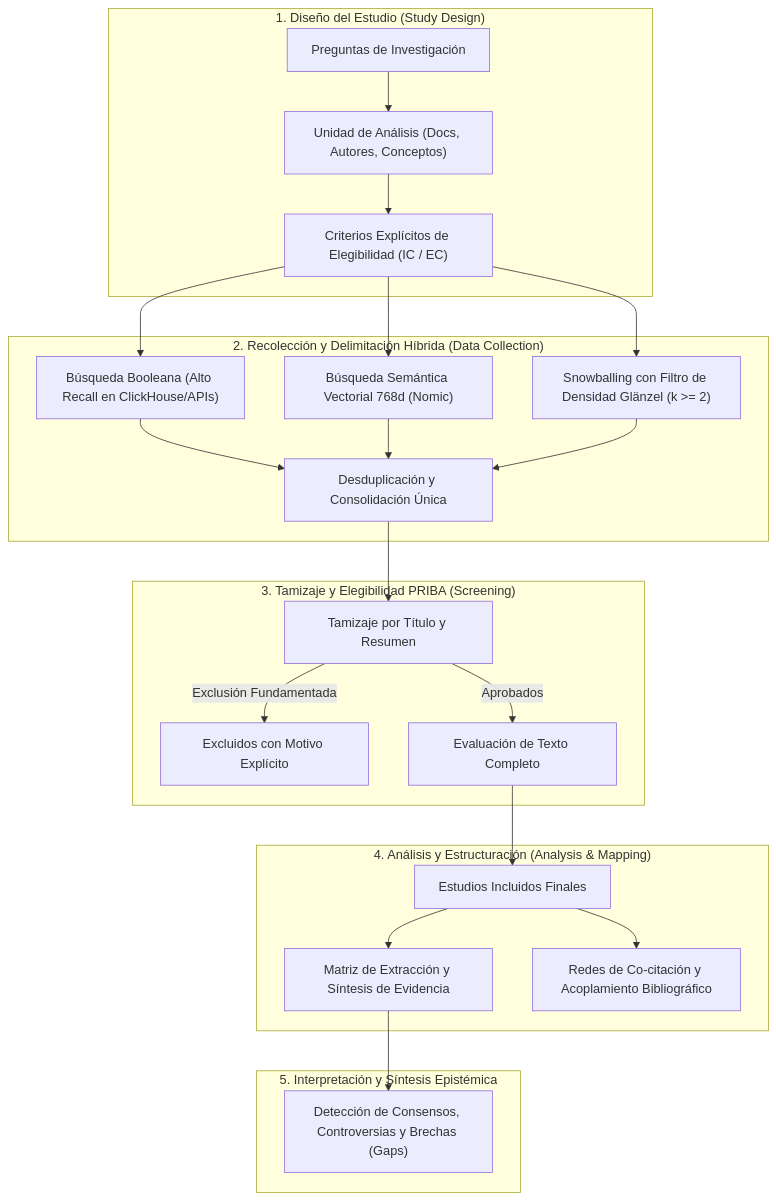
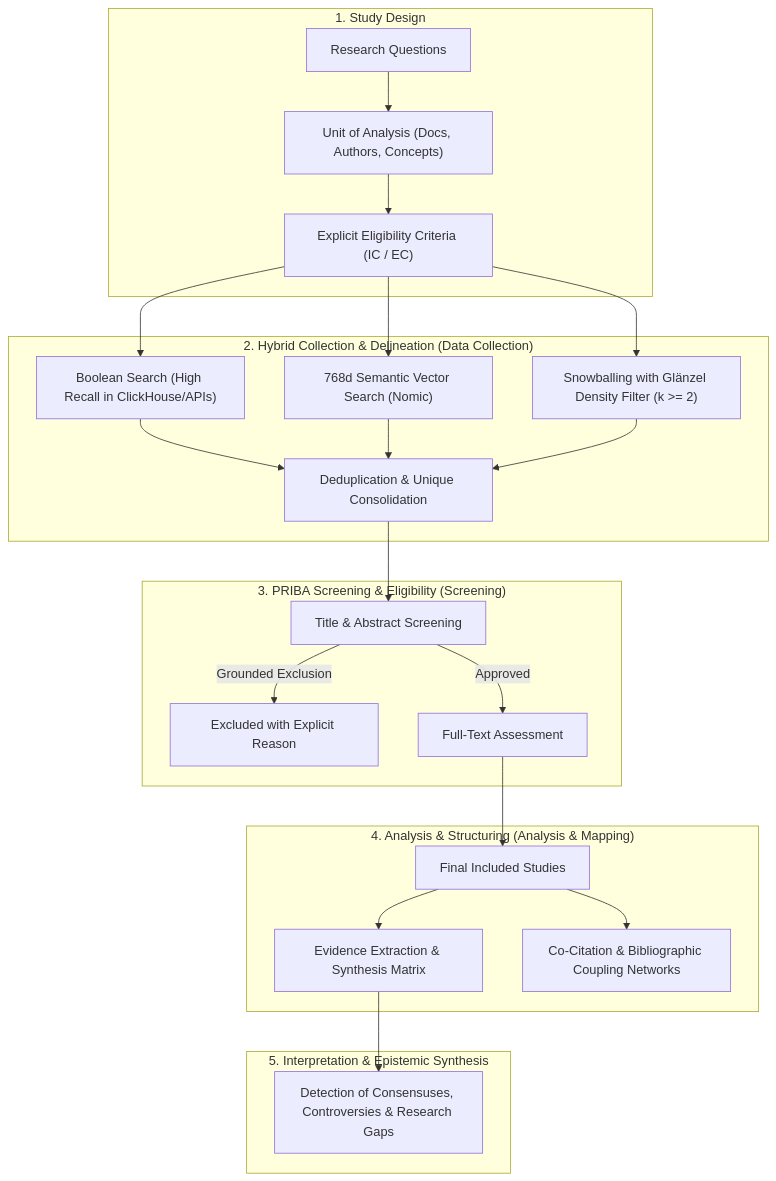
One commit to chilti/sos-mcp-services changed the first of 2 diagrams in .agents/skills/deep-literature-researcher/SKILL.md. Above: the diagram before and after it, drawn with Mermaid. The commit also changed other lines of this file and 129 other files, not shown here.

````diff
--- a/.agents/skills/deep-literature-researcher/SKILL.md
+++ b/.agents/skills/deep-literature-researcher/SKILL.md
@@ -18,30 +20,30 @@
 ```mermaid
 flowchart TD
-    subgraph Fase1 ["1. Diseño del Estudio (Study Design)"]
-        D1["Preguntas de Investigación"] --> D2["Unidad de Análisis (Docs, Autores, Conceptos)"]
-        D2 --> D3["Criterios Explícitos de Elegibilidad (IC / EC)"]
+    subgraph Phase1 ["1. Study Design"]
+        D1["Research Questions"] --> D2["Unit of Analysis (Docs, Authors, Concepts)"]
+        D2 --> D3["Explicit Eligibility Criteria (IC / EC)"]
     end
 
-    subgraph Fase2 ["2. Recolección y Delimitación Híbrida (Data Collection)"]
-        D3 --> H1["Búsqueda Booleana (Alto Recall en ClickHouse/APIs)"]
-        D3 --> H2["Búsqueda Semántica Vectorial 768d (Nomic)"]
-        D3 --> H3["Snowballing con Filtro de Densidad Glänzel (k >= 2)"]
-        H1 & H2 & H3 --> DUP["Desduplicación y Consolidación Única"]
+    subgraph Phase2 ["2. Hybrid Collection & Delineation (Data Collection)"]
+        D3 --> H1["Boolean Search (High Recall in ClickHouse/APIs)"]
+        D3 --> H2["768d Semantic Vector Search (Nomic)"]
+        D3 --> H3["Snowballing with Glänzel Density Filter (k >= 2)"]
+        H1 & H2 & H3 --> DUP["Deduplication & Unique Consolidation"]
     end
 
-    subgraph Fase3 ["3. Tamizaje y Elegibilidad PRIBA (Screening)"]
-        DUP --> SCR["Tamizaje por Título y Resumen"]
-        SCR -->|Exclusión Fundamentada| EXC["Excluidos con Motivo Explícito"]
-        SCR -->|Aprobados| FULL["Evaluación de Texto Completo"]
+    subgraph Phase3 ["3. PRIBA Screening & Eligibility (Screening)"]
+        DUP --> SCR["Title & Abstract Screening"]
+        SCR -->|Grounded Exclusion| EXC["Excluded with Explicit Reason"]
+        SCR -->|Approved| FULL["Full-Text Assessment"]
     end
 
-    subgraph Fase4 ["4. Análisis y Estructuración (Analysis & Mapping)"]
-        FULL --> INC["Estudios Incluidos Finales"]
-        INC --> SYN["Matriz de Extracción y Síntesis de Evidencia"]
-        INC --> NET["Redes de Co-citación y Acoplamiento Bibliográfico"]
+    subgraph Phase4 ["4. Analysis & Structuring (Analysis & Mapping)"]
+        FULL --> INC["Final Included Studies"]
+        INC --> SYN["Evidence Extraction & Synthesis Matrix"]
+        INC --> NET["Co-Citation & Bibliographic Coupling Networks"]
     end
 
-    subgraph Fase5 ["5. Interpretación y Síntesis Epistémica"]
-        SYN --> GAP["Detección de Consensos, Controversias y Brechas (Gaps)"]
+    subgraph Phase5 ["5. Interpretation & Epistemic Synthesis"]
+        SYN --> GAP["Detection of Consensuses, Controversies & Research Gaps"]
     end
 ```
````
